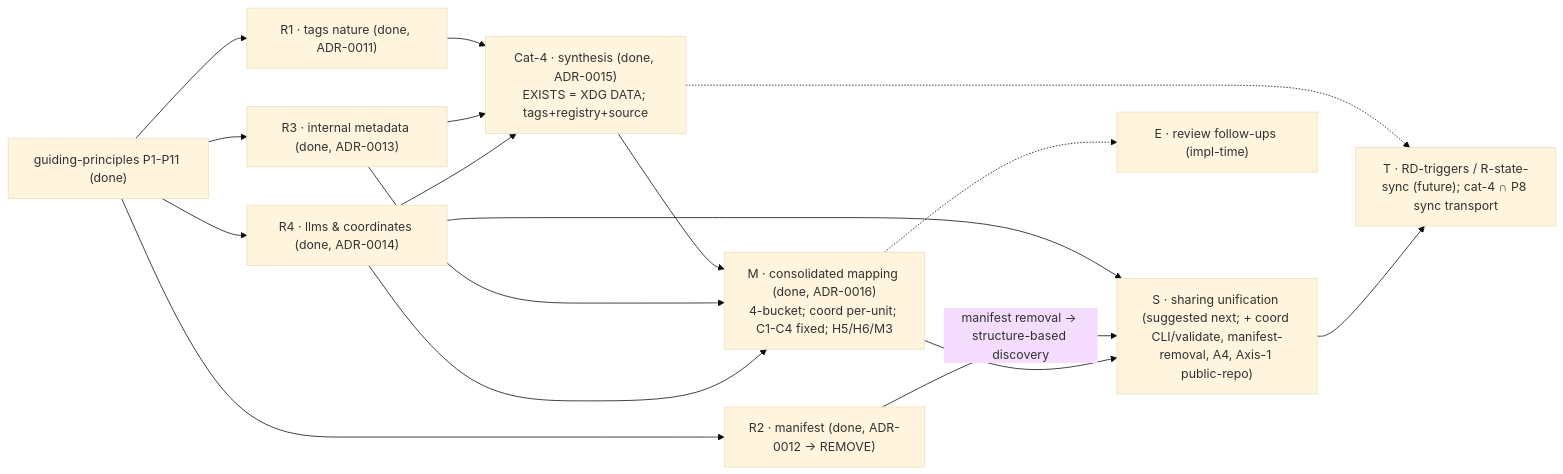
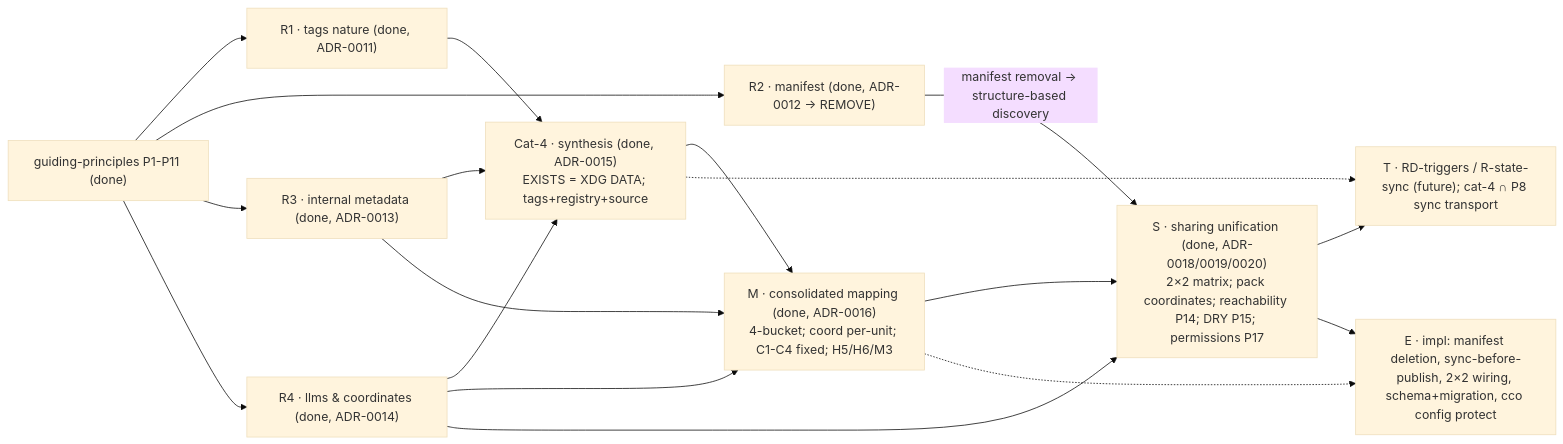
One commit to alergyonthestage/claude-orchestrator changed the diagram in docs/maintainer/configuration/decentralized-config/analysis-roadmap.md. Above: the diagram before and after it, drawn with Mermaid (base theme). The commit also changed other lines of this file and 2 other files, not shown here.

First line of the commit message:
docs(decentralized-config): mark S DONE + propagate to analysis-roadmap/inventory/requirements

````diff
--- a/docs/maintainer/configuration/decentralized-config/analysis-roadmap.md
+++ b/docs/maintainer/configuration/decentralized-config/analysis-roadmap.md
@@ -206,19 +212,20 @@
 ```mermaid
 flowchart LR
   P["guiding-principles P1-P11 (done)"] --> R1["R1 · tags nature (done, ADR-0011)"]
   P --> R2["R2 · manifest (done, ADR-0012 → REMOVE)"]
   P --> R3["R3 · internal metadata (done, ADR-0013)"]
   P --> R4["R4 · llms & coordinates (done, ADR-0014)"]
   R1 --> C4["Cat-4 · synthesis (done, ADR-0015)<br/>EXISTS = XDG DATA; tags+registry+source"]
   R3 --> C4
   R4 --> C4
   C4 --> M["M · consolidated mapping (done, ADR-0016)<br/>4-bucket; coord per-unit; C1-C4 fixed; H5/H6/M3"]
   R3 --> M
   R4 --> M
-  R4 --> S["S · sharing unification (suggested next; + coord CLI/validate, manifest-removal, A4, Axis-1 public-repo)"]
+  R4 --> S["S · sharing unification (done, ADR-0018/0019/0020)<br/>2×2 matrix; pack coordinates; reachability P14; DRY P15; permissions P17"]
   R2 -- "manifest removal → structure-based discovery" --> S
   M --> S
   C4 -.-> T["T · RD-triggers / R-state-sync (future); cat-4 ∩ P8 sync transport"]
   S --> T
-  M -.-> E["E · review follow-ups (impl-time)"]
+  S --> E["E · impl: manifest deletion, sync-before-publish, 2×2 wiring, schema+migration, cco config protect"]
+  M -.-> E
 ```
````
